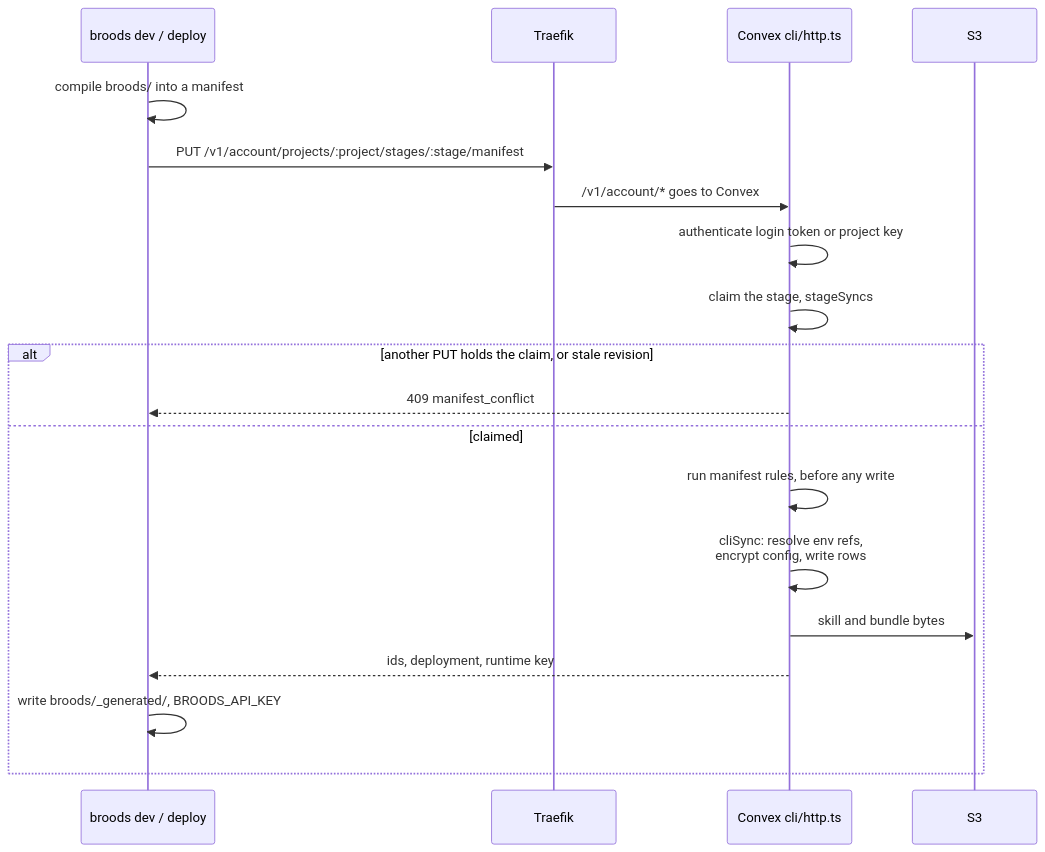
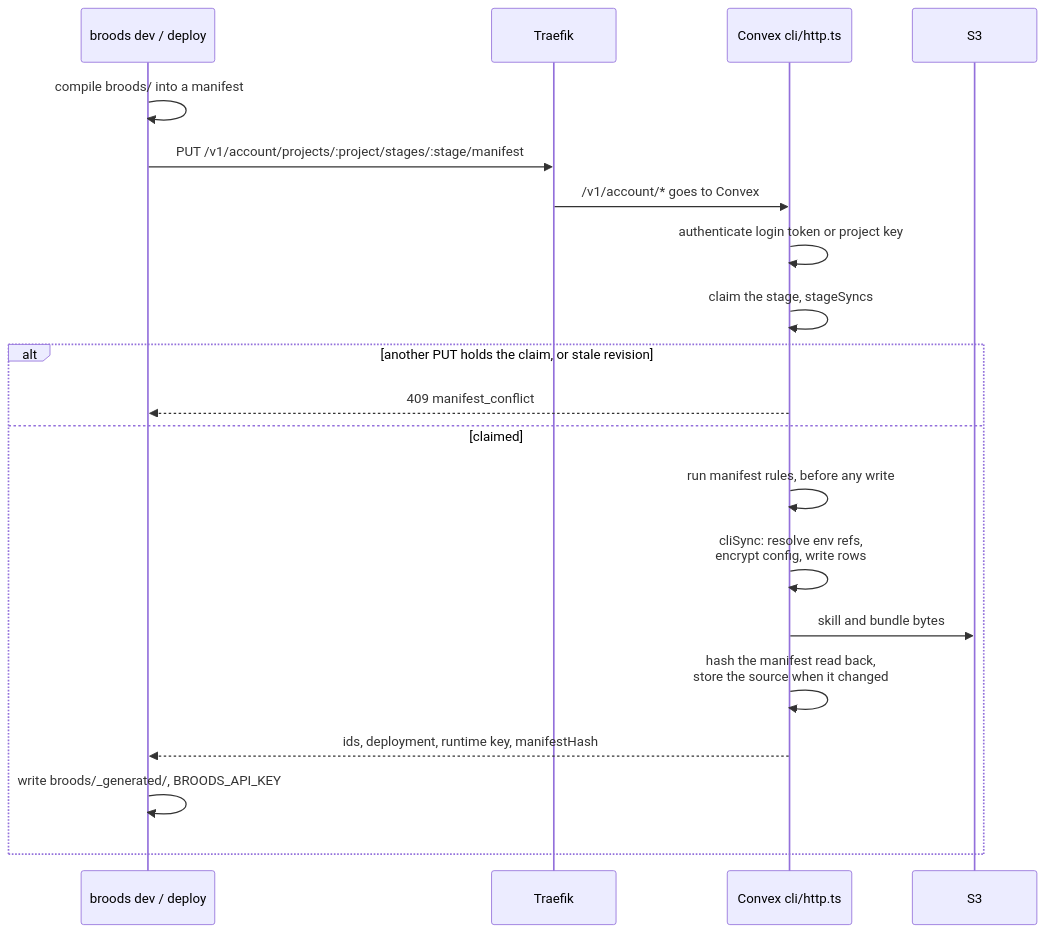
The seventh of 11 diagrams in apps/docs/docs/internals/architecture.md (beeblastco/broods), drawn with Mermaid before and after one commit. The commit also changed other lines of this file and 18 other files, not shown here.

First line of the commit message:
feat(convex,cli): store each stage's source and hash its manifest on every sync

````diff
--- a/apps/docs/docs/internals/architecture.md
+++ b/apps/docs/docs/internals/architecture.md
@@ -193,21 +193,22 @@
 ```mermaid
 sequenceDiagram
   participant CLI as broods dev / deploy
   participant T as Traefik
   participant V as Convex cli/http.ts
   participant S as S3
   CLI->>CLI: compile broods/ into a manifest
   CLI->>T: PUT /v1/account/projects/:project/stages/:stage/manifest
   T->>V: /v1/account/* goes to Convex
   V->>V: authenticate login token or project key
   V->>V: claim the stage, stageSyncs
   alt another PUT holds the claim, or stale revision
     V-->>CLI: 409 manifest_conflict
   else claimed
     V->>V: run manifest rules, before any write
     V->>V: cliSync: resolve env refs,<br/>encrypt config, write rows
     V->>S: skill and bundle bytes
-    V-->>CLI: ids, deployment, runtime key
+    V->>V: hash the manifest read back,<br/>store the source when it changed
+    V-->>CLI: ids, deployment, runtime key, manifestHash
     CLI->>CLI: write broods/_generated/, BROODS_API_KEY
   end
 ```
````
